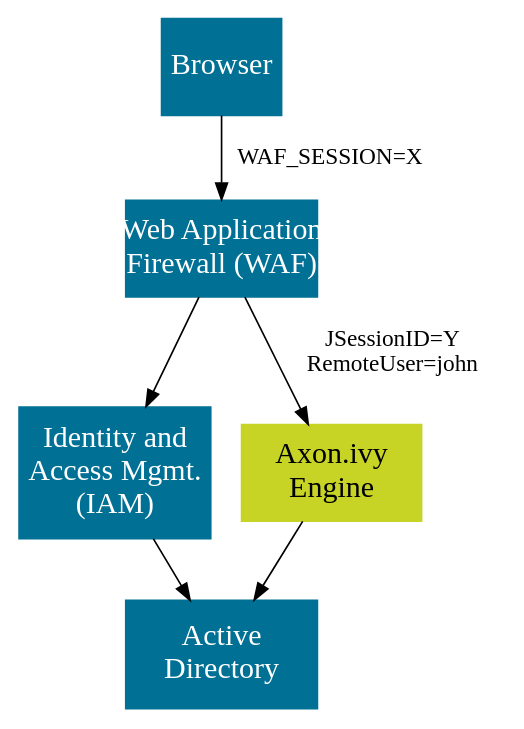
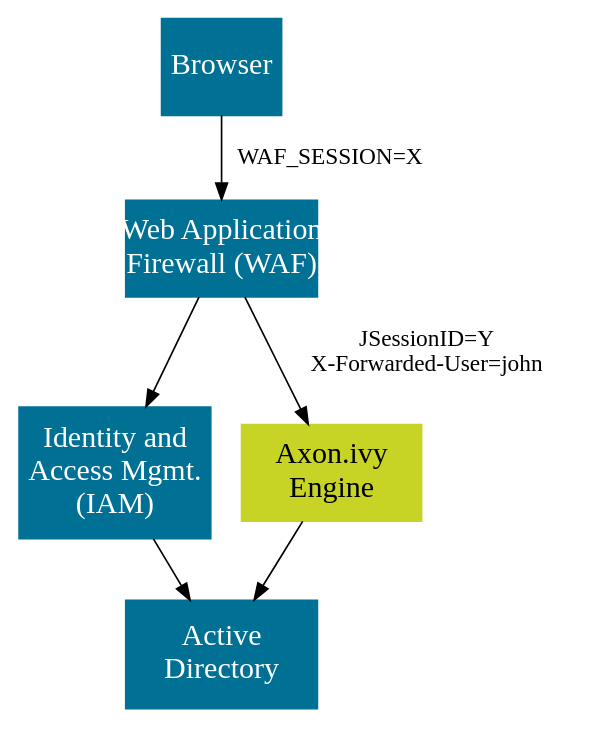
Before and after one commit to bernhardAxonIvy/doc: the diagram in source/engine-guide/integration/single-sign-on/web-application-firewall/overview.dot, drawn with Graphviz. The commit also changed 2 other files, not shown here.

Commit message:
XIVY-5442 Use X-Forwarded-User as SSO user header

```diff
--- a/source/engine-guide/integration/single-sign-on/web-application-firewall/overview.dot
+++ b/source/engine-guide/integration/single-sign-on/web-application-firewall/overview.dot
@@ -1,26 +1,26 @@
 
 digraph overview {
   node [
     shape=box, 
     style=filled,
     margin=0 width=2 height=0.8
     fontcolor="white",    
     color="#007095",
     fixedsize=true,
     fontsize=18
   ];
 
   browser [ label="Browser", pos = "0,3!", width=1];
 
   waf [ label="Web Application\nFirewall (WAF)",pos = "3.5,3!" width=1.6];
   iam [ label="Identity and\nAccess Mgmt.\n(IAM)",pos = "3.5,1.5!" height=1.1 width=1.6];
   ad [ label="Active\nDirectory",pos = "3.5,0!" height=0.9 width=1.6];
  
   engine [label="Axon.ivy\nEngine", pos="7,3!", width="1.5", color="#C7D426", fontcolor="black"];
   
   browser -> waf [ label="WAF_SESSION=X"];
-  waf -> engine [ label="JSessionID=Y\nRemoteUser=john"];
+  waf -> engine [ label="JSessionID=Y\nX-Forwarded-User=john"];
   engine -> ad;
   iam -> ad;
   waf -> iam;
 }
```
